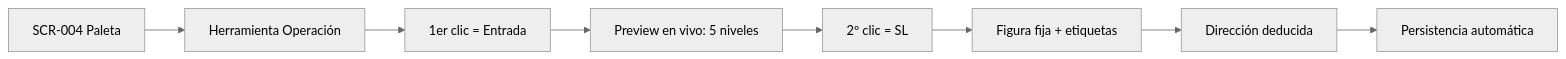
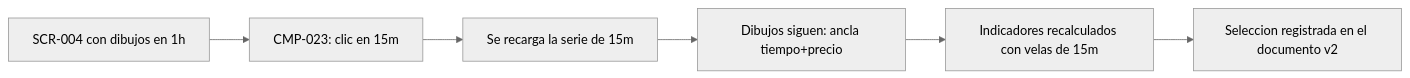
The first of 3 diagrams in _docs/ux/user-journeys.md (villarrealfx/fx_trad), drawn with Mermaid (neutral theme) before and after one commit. The commit also changed other lines of this file and 22 other files, not shown here.

````diff
--- a/_docs/ux/user-journeys.md
+++ b/_docs/ux/user-journeys.md
@@ -17,10 +19,8 @@
 ```mermaid
 graph LR
-  A[SCR-004 Paleta] --> B[Herramienta Operación]
-  B --> C[1er clic = Entrada]
-  C --> D[Preview en vivo: 5 niveles]
-  D --> E[2º clic = SL]
-  E --> F[Figura fija + etiquetas]
-  F --> G[Dirección deducida]
-  G --> H[Persistencia automática]
+  A[SCR-004 con dibujos en 1h] --> B[CMP-023: clic en 15m]
+  B --> C[Se recarga la serie de 15m]
+  C --> D[Dibujos siguen: ancla tiempo+precio]
+  D --> E[Indicadores recalculados con velas de 15m]
+  E --> F[Seleccion registrada en el documento v2]
 ```
````
